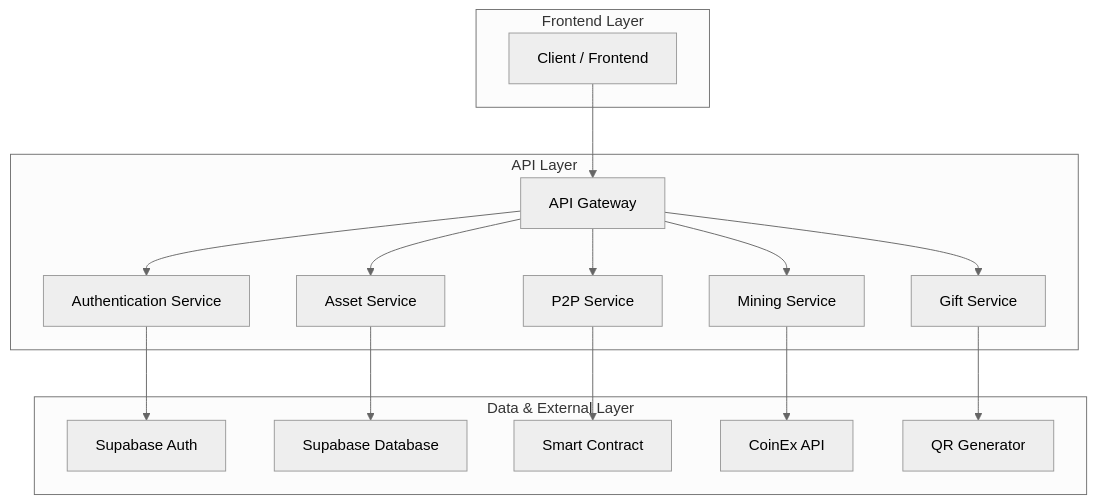
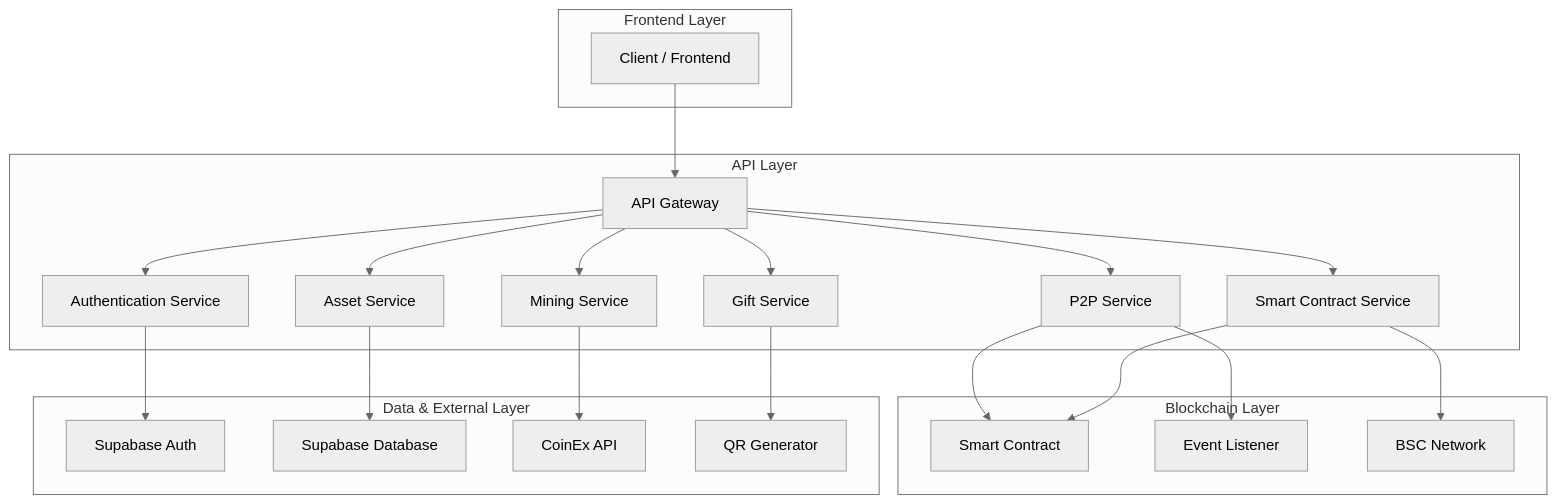
The second of 3 diagrams in .trae/documents/IC_Wallet_Technical_Architecture.md (big-kim/castle), drawn with Mermaid (neutral theme) before and after one commit. The commit also changed other lines of this file and 30 other files, not shown here.

````diff
--- a/.trae/documents/IC_Wallet_Technical_Architecture.md
+++ b/.trae/documents/IC_Wallet_Technical_Architecture.md
@@ -149,36 +308,46 @@
 ```mermaid
 graph TD
   A[Client / Frontend] --> B[API Gateway]
   B --> C[Authentication Service]
   B --> D[Asset Service]
   B --> E[P2P Service]
   B --> F[Mining Service]
   B --> G[Gift Service]
+  B --> H[Smart Contract Service]
   
-  C --> H[Supabase Auth]
-  D --> I[Supabase Database]
-  E --> J[Smart Contract]
-  F --> K[CoinEx API]
-  G --> L[QR Generator]
+  C --> I[Supabase Auth]
+  D --> J[Supabase Database]
+  E --> K[Smart Contract]
+  E --> L[Event Listener]
+  F --> M[CoinEx API]
+  G --> N[QR Generator]
+  H --> K
+  H --> O[BSC Network]
   
   subgraph "Frontend Layer"
     A
   end
   
   subgraph "API Layer"
     B
     C
     D
     E
     F
     G
+    H
+  end
+  
+  subgraph "Blockchain Layer"
+    K
+    L
+    O
   end
   
   subgraph "Data & External Layer"
-    H
     I
     J
-    K
-    L
+    M
+    N
   end
 ```
````
